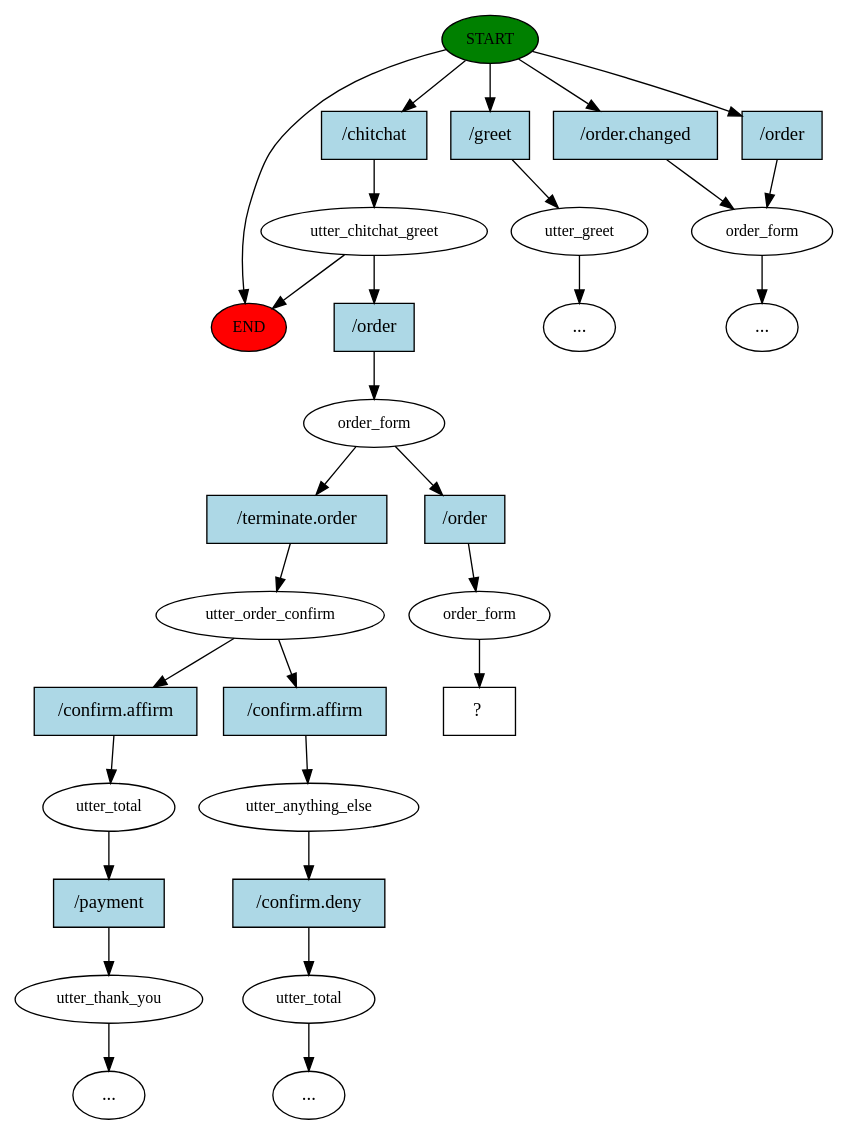
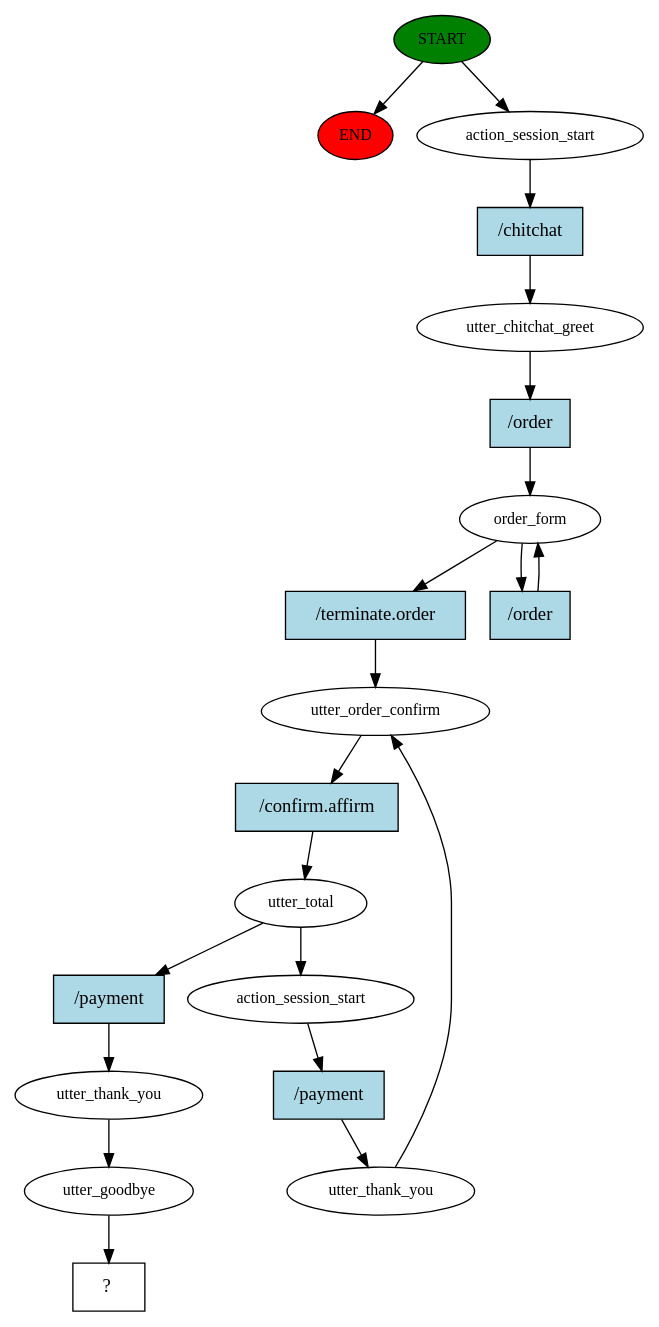
One commit to nictamhk/restaurant-order-chatbot changed the diagram in story_graph.dot. Above: the diagram before and after it, drawn with Graphviz. The commit also changed 79 other files, not shown here.

```diff
--- a/story_graph.dot
+++ b/story_graph.dot
@@ -1,59 +1,41 @@
 digraph  {
 0 [class="start active", fillcolor=green, fontsize=12, label=START, style=filled];
 "-1" [class=end, fillcolor=red, fontsize=12, label=END, style=filled];
-1 [class=active, fontsize=12, label=utter_chitchat_greet];
-2 [class=active, fontsize=12, label=order_form];
-3 [class="", fontsize=12, label=utter_order_confirm];
-4 [class="", fontsize=12, label=utter_total];
-5 [class="", fontsize=12, label=utter_thank_you];
-"-3" [class=ellipsis, label="..."];
-6 [class="", fontsize=12, label=utter_greet];
-10 [class="", fontsize=12, label=utter_anything_else];
-11 [class="", fontsize=12, label=utter_total];
-"-5" [class=ellipsis, label="..."];
-18 [class="", fontsize=12, label=order_form];
-"-18" [class=ellipsis, label="..."];
-"-20" [class=ellipsis, label="..."];
-30 [class=active, fontsize=12, label=order_form];
-31 [class="intent dashed active", label="  ?  ", shape=rect];
-32 [class="intent active", fillcolor=lightblue, label="/chitchat", shape=rect, style=filled];
-33 [class=intent, fillcolor=lightblue, label="/greet", shape=rect, style=filled];
-34 [class=intent, fillcolor=lightblue, label="/order.changed", shape=rect, style=filled];
-35 [class=intent, fillcolor=lightblue, label="/order", shape=rect, style=filled];
-36 [class="intent active", fillcolor=lightblue, label="/order", shape=rect, style=filled];
-37 [class=intent, fillcolor=lightblue, label="/terminate.order", shape=rect, style=filled];
-38 [class="intent active", fillcolor=lightblue, label="/order", shape=rect, style=filled];
-39 [class=intent, fillcolor=lightblue, label="/confirm.affirm", shape=rect, style=filled];
-40 [class=intent, fillcolor=lightblue, label="/confirm.affirm", shape=rect, style=filled];
-41 [class=intent, fillcolor=lightblue, label="/payment", shape=rect, style=filled];
-42 [class=intent, fillcolor=lightblue, label="/confirm.deny", shape=rect, style=filled];
+1 [class=active, fontsize=12, label=action_session_start];
+2 [class=active, fontsize=12, label=utter_chitchat_greet];
+3 [class=active, fontsize=12, label=order_form];
+5 [class=active, fontsize=12, label=utter_order_confirm];
+6 [class=active, fontsize=12, label=utter_total];
+7 [class=active, fontsize=12, label=action_session_start];
+8 [class=active, fontsize=12, label=utter_thank_you];
+11 [class=active, fontsize=12, label=utter_thank_you];
+12 [class=active, fontsize=12, label=utter_goodbye];
+13 [class="intent dashed active", label="  ?  ", shape=rect];
+14 [class="intent active", fillcolor=lightblue, label="/chitchat", shape=rect, style=filled];
+15 [class="intent active", fillcolor=lightblue, label="/order", shape=rect, style=filled];
+16 [class="intent active", fillcolor=lightblue, label="/terminate.order", shape=rect, style=filled];
+17 [class="intent active", fillcolor=lightblue, label="/order", shape=rect, style=filled];
+18 [class="intent active", fillcolor=lightblue, label="/confirm.affirm", shape=rect, style=filled];
+19 [class="intent active", fillcolor=lightblue, label="/payment", shape=rect, style=filled];
+20 [class="intent active", fillcolor=lightblue, label="/payment", shape=rect, style=filled];
 0 -> "-1"  [class="", key=NONE, label=""];
-0 -> 32  [class=active, key=0];
-0 -> 33  [class="", key=0];
-0 -> 34  [class="", key=0];
-0 -> 35  [class="", key=0];
-1 -> "-1"  [class="", key=NONE, label=""];
-1 -> 36  [class=active, key=0];
-2 -> 37  [class="", key=0];
-2 -> 38  [class=active, key=0];
-3 -> 39  [class="", key=0];
-3 -> 40  [class="", key=0];
-4 -> 41  [class="", key=0];
-5 -> "-3"  [class="", key=NONE, label=""];
-6 -> "-18"  [class="", key=NONE, label=""];
-10 -> 42  [class="", key=0];
-11 -> "-5"  [class="", key=NONE, label=""];
-18 -> "-20"  [class="", key=NONE, label=""];
-30 -> 31  [class=active, key=NONE, label=""];
-32 -> 1  [class=active, key=0];
-33 -> 6  [class="", key=0];
-34 -> 18  [class="", key=0];
-35 -> 18  [class="", key=0];
-36 -> 2  [class=active, key=0];
-37 -> 3  [class="", key=0];
-38 -> 30  [class=active, key=0];
-39 -> 4  [class="", key=0];
-40 -> 10  [class="", key=0];
-41 -> 5  [class="", key=0];
-42 -> 11  [class="", key=0];
+0 -> 1  [class=active, key=NONE, label=""];
+1 -> 14  [class=active, key=0];
+2 -> 15  [class=active, key=0];
+3 -> 16  [class=active, key=0];
+3 -> 17  [class=active, key=0];
+5 -> 18  [class=active, key=0];
+6 -> 7  [class=active, key=NONE, label=""];
+6 -> 19  [class=active, key=0];
+7 -> 20  [class=active, key=0];
+8 -> 5  [class=active, key=NONE, label=""];
+11 -> 12  [class=active, key=NONE, label=""];
+12 -> 13  [class=active, key=NONE, label=""];
+14 -> 2  [class=active, key=0];
+15 -> 3  [class=active, key=0];
+16 -> 5  [class=active, key=0];
+17 -> 3  [class=active, key=0];
+18 -> 6  [class=active, key=0];
+19 -> 11  [class=active, key=0];
+20 -> 8  [class=active, key=0];
 }
```
